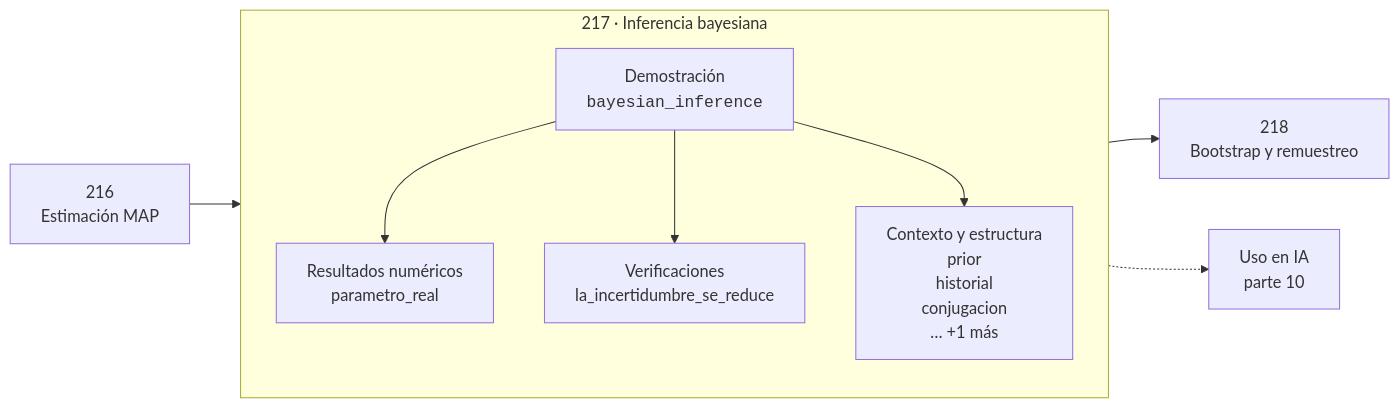
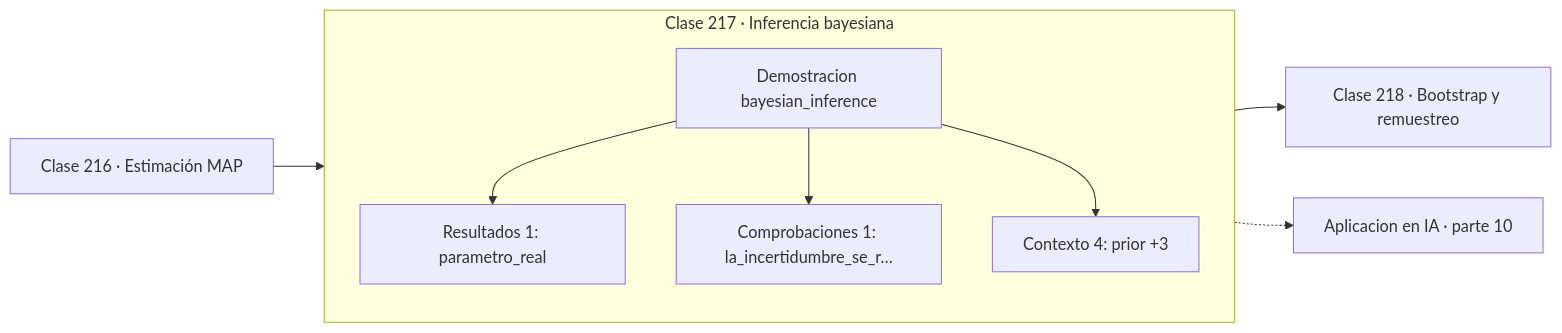
One commit to vladimiracunadev-create/computational-mathematics-program changed the diagram in classes/part-10-estadistica-e-inferencia/217-inferencia-bayesiana/README.md. Above: the diagram before and after it, drawn with Mermaid. The commit also changed 389 other files, not shown here.

First line of the commit message:
fix(diagramas): elimina el HTML de las etiquetas Mermaid

````diff
--- a/classes/part-10-estadistica-e-inferencia/217-inferencia-bayesiana/README.md
+++ b/classes/part-10-estadistica-e-inferencia/217-inferencia-bayesiana/README.md
@@ -30,12 +30,13 @@
 ```mermaid
 flowchart LR
-    P["216<br/>Estimación MAP"] --> C
-    subgraph C["217 · Inferencia bayesiana"]
+    P["Clase 216 · Estimación MAP"] --> D
+    subgraph CLASE["Clase 217 · Inferencia bayesiana"]
         direction TB
-        D["Demostración<br/><code>bayesian_inference</code>"] --> R["Resultados numéricos<br/>parametro_real"]
-        D --> V["Verificaciones<br/>la_incertidumbre_se_reduce"]
-        D --> O["Contexto y estructura<br/>prior<br/>historial<br/>conjugacion<br/>… +1 más"]
+        D["Demostracion bayesian_inference"]
+        D --> R["Resultados 1: parametro_real"]
+        D --> V["Comprobaciones 1: la_incertidumbre_se_r…"]
+        D --> O["Contexto 4: prior +3"]
     end
-    C --> N["218<br/>Bootstrap y remuestreo"]
-    C -.-> IA["Uso en IA<br/>parte 10"]
+    R --> N["Clase 218 · Bootstrap y remuestreo"]
+    V -.-> IA["Aplicacion en IA · parte 10"]
 ```
````
